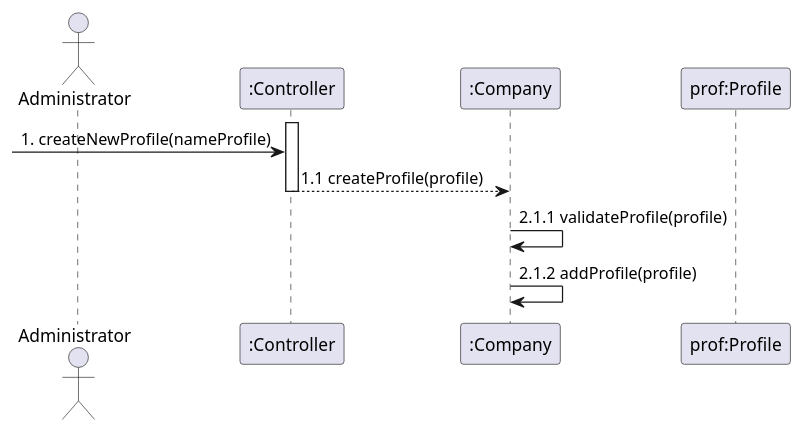
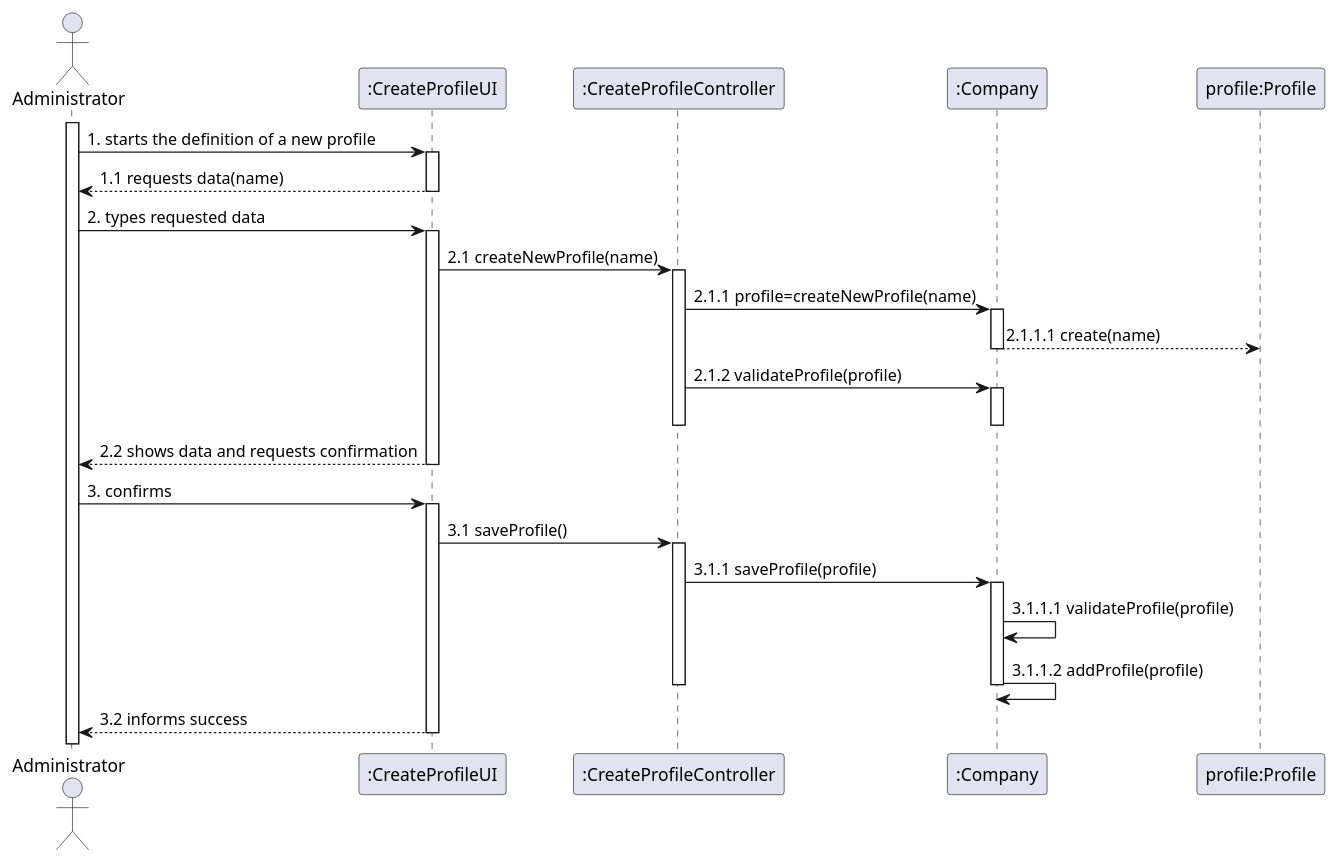
One commit to Loracline/project_switch_22-23 changed the diagram in docs/modelling_design/user_stories/us001/US001_Sequence_Diagram.puml. Above: the diagram before and after it, drawn with PlantUML. The commit also changed other lines of this file, not shown here.

Commit message:
US001: Design: Refinement of system sequence diagram for US001.

```diff
--- a/docs/modelling_design/user_stories/us001/US001_Sequence_Diagram.puml
+++ b/docs/modelling_design/user_stories/us001/US001_Sequence_Diagram.puml
@@ -1,55 +1,58 @@
 @startuml
-/'
+
 actor Administrator
 participant ":CreateProfileUI" as cpu
 participant ":CreateProfileController" as cpc
-participant ":System" as System
+participant ":Company" as Company
 participant "profile:Profile" as Profile
 
 activate Administrator
 Administrator -> cpu: 1. starts the definition of a new profile
 activate cpu
-cpu --> Administrator: 1.1 requests data(name, permissions)
+cpu --> Administrator: 1.1 requests data(name)
 deactivate cpu
 Administrator -> cpu: 2. types requested data
 activate cpu
-cpu -> cpc: 2.1 createNewProfile(name, permissions)
+cpu -> cpc: 2.1 createNewProfile(name)
 activate cpc
-cpc -> System: 2.1.1 profile=createNewProfile(name, permissions)
-activate System
-System --> Profile: 2.1.1.1 create(name, permissions)
-deactivate System
-cpc -> System: 2.1.2 validateProfile(profile)
-activate System
+cpc -> Company: 2.1.1 profile=createNewProfile(name)
+activate Company
+Company --> Profile: 2.1.1.1 create(name)
+deactivate Company
+cpc -> Company: 2.1.2 validateProfile(profile)
+activate Company
 deactivate cpc
-deactivate System
+deactivate Company
 cpu --> Administrator: 2.2 shows data and requests confirmation
 
 deactivate cpu
 Administrator -> cpu: 3. confirms
 activate cpu
 cpu -> cpc: 3.1 saveProfile()
 activate cpc
-cpc -> System: 3.1.1 saveProfile(profile)
-activate System
-System -> System: 3.1.1.1 validateProfile(profile)
-System -> System: 3.1.1.2 addProfile(profile)
-deactivate System
+cpc -> Company: 3.1.1 saveProfile(profile)
+activate Company
+Company -> Company: 3.1.1.1 validateProfile(profile)
+Company -> Company: 3.1.1.2 addProfile(profile)
+deactivate Company
 deactivate cpc
 cpu --> Administrator: 3.2 informs success
 deactivate cpu
+
+
+/'
+actor Administrator as Admin
+participant ":Controller" as Cont
+participant ":Company" as Comp
+participant "prof:Profile" as Prof
+
+activate Cont
+Admin -> Cont: 1. createNewProfile(profileName)
+Cont -> Comp: 1.1 prof = createProfile(profileName)
+activate Comp
+create Prof
+Comp --> Prof: 1.1.1 createProfile(profileName)
+Comp -> Comp: 1.1.2 validateProfile(profileName)
+Comp -> Comp: 1.1.3 addProfile(profileName)
 '/
-
-actor Administrator
-participant ":Controller" as Controller
-participant ":Company" as Company
-participant "prof:Profile" as Profile
-
-activate Controller
-[-> Controller: 1. createNewProfile(nameProfile)
-Controller --> Company: 1.1 createProfile(profile)
-deactivate Controller
-Company -> Company: 2.1.1 validateProfile(profile)
-Company -> Company: 2.1.2 addProfile(profile)
-
 @enduml
```
